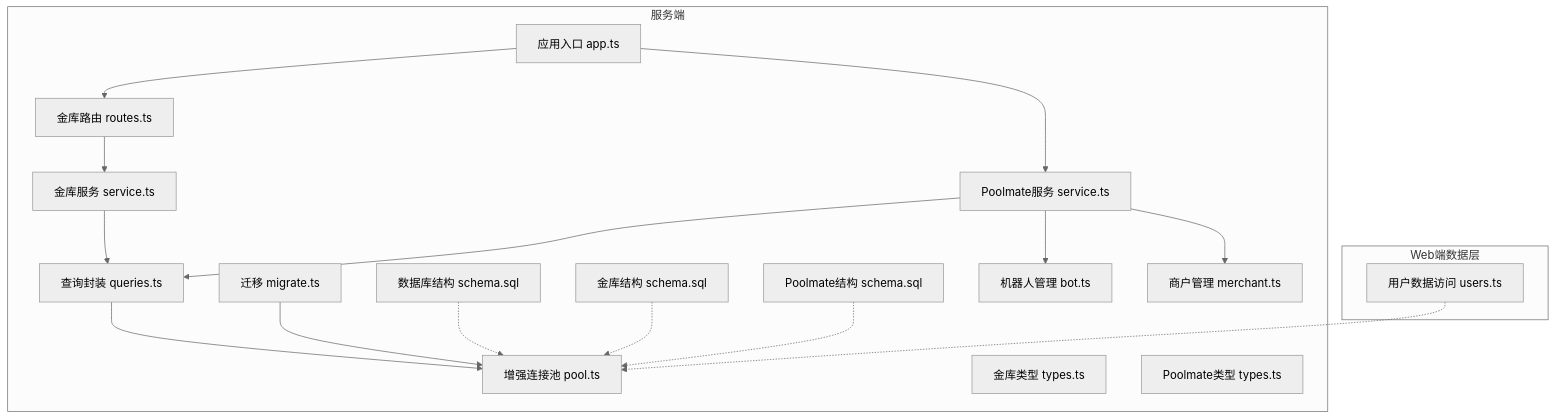
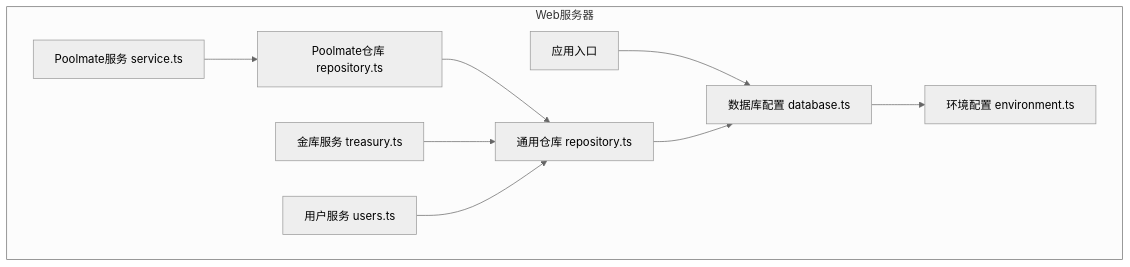
The first of 4 diagrams in .qoder/repowiki/zh/content/数据流与状态管理/数据持久化层.md (Maki3991/study-PactLedger), drawn with Mermaid (neutral theme) before and after one commit. The commit also changed other lines of this file and 8 other files, not shown here.

````diff
--- a/.qoder/repowiki/zh/content/数据流与状态管理/数据持久化层.md
+++ b/.qoder/repowiki/zh/content/数据流与状态管理/数据持久化层.md
@@ -57,35 +50,20 @@
 ```mermaid
 graph TB
-subgraph "服务端"
-APP["应用入口 app.ts"]
-DB_POOL["增强连接池 pool.ts"]
-QUERIES["查询封装 queries.ts"]
-MIGRATE["迁移 migrate.ts"]
-SCHEMA_DB["数据库结构 schema.sql"]
-TREASURY_SVC["金库服务 service.ts"]
-TREASURY_TYPES["金库类型 types.ts"]
-TREASURY_ROUTES["金库路由 routes.ts"]
-TREASURY_SCHEMA["金库结构 schema.sql"]
+subgraph "Web服务器"
+APP["应用入口"]
+DB_CONFIG["数据库配置 database.ts"]
+ENV_CONFIG["环境配置 environment.ts"]
+REPO["通用仓库 repository.ts"]
 POOLMATE_SVC["Poolmate服务 service.ts"]
-POOLMATE_TYPES["Poolmate类型 types.ts"]
-POOLMATE_SCHEMA["Poolmate结构 schema.sql"]
-POOLMATE_BOT["机器人管理 bot.ts"]
-POOLMATE_MERCHANT["商户管理 merchant.ts"]
+POOLMATE_REPO["Poolmate仓库 repository.ts"]
+TREASURY["金库服务 treasury.ts"]
+USERS["用户服务 users.ts"]
 end
-subgraph "Web端数据层"
-WEB_USERS["用户数据访问 users.ts"]
-end
-APP --> TREASURY_ROUTES
-APP --> POOLMATE_SVC
-TREASURY_ROUTES --> TREASURY_SVC
-POOLMATE_SVC --> POOLMATE_BOT
-POOLMATE_SVC --> POOLMATE_MERCHANT
-TREASURY_SVC --> QUERIES
-POOLMATE_SVC --> QUERIES
-QUERIES --> DB_POOL
-MIGRATE --> DB_POOL
-SCHEMA_DB -.-> DB_POOL
-TREASURY_SCHEMA -.-> DB_POOL
-POOLMATE_SCHEMA -.-> DB_POOL
-WEB_USERS -.-> DB_POOL
+APP --> DB_CONFIG
+DB_CONFIG --> ENV_CONFIG
+POOLMATE_SVC --> POOLMATE_REPO
+POOLMATE_REPO --> REPO
+TREASURY --> REPO
+USERS --> REPO
+REPO --> DB_CONFIG
 ```
````
